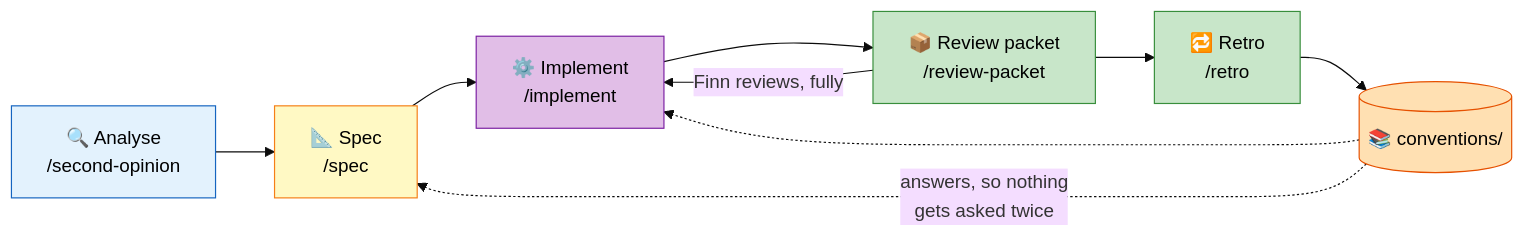
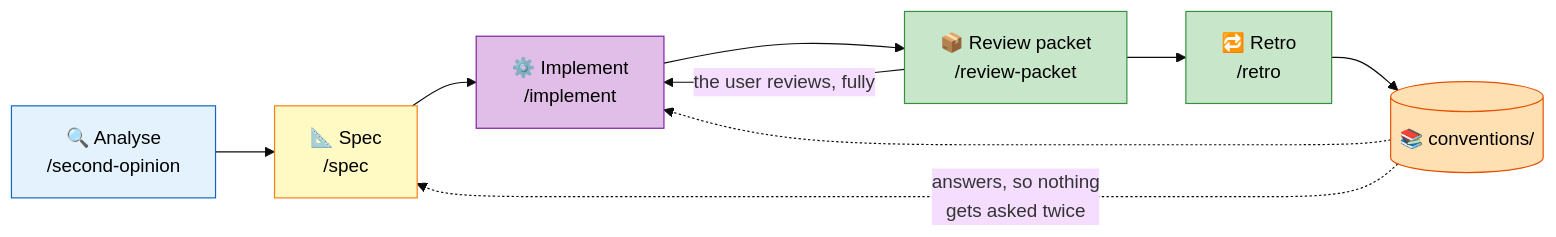
One commit to alpenraum/clanker-skills changed the diagram in README.md. Above: the diagram before and after it, drawn with Mermaid (base theme). The commit also changed other lines of this file and 19 other files, not shown here.

````diff
--- a/README.md
+++ b/README.md
@@ -11,22 +11,22 @@
 ```mermaid
 flowchart LR
     A["🔍 Analyse<br/>/second-opinion"] --> S["📐 Spec<br/>/spec"]
     S --> I["⚙️ Implement<br/>/implement"]
     I --> RP["📦 Review packet<br/>/review-packet"]
-    RP -->|"Finn reviews, fully"| I
+    RP -->|"the user reviews, fully"| I
     RP --> R["🔁 Retro<br/>/retro"]
     R --> C[("📚 conventions/")]
     C -.->|"answers, so nothing<br/>gets asked twice"| S
     C -.-> I
 
     classDef a fill:#E3F2FD,stroke:#1565C0,color:#000
     classDef s fill:#FFF9C4,stroke:#F57F17,color:#000
     classDef i fill:#E1BEE7,stroke:#7B1FA2,color:#000
     classDef h fill:#C8E6C9,stroke:#388E3C,color:#000
     classDef d fill:#FFE0B2,stroke:#E65100,color:#000
     class A a
     class S s
     class I i
     class RP,R h
     class C d
 ```
````
